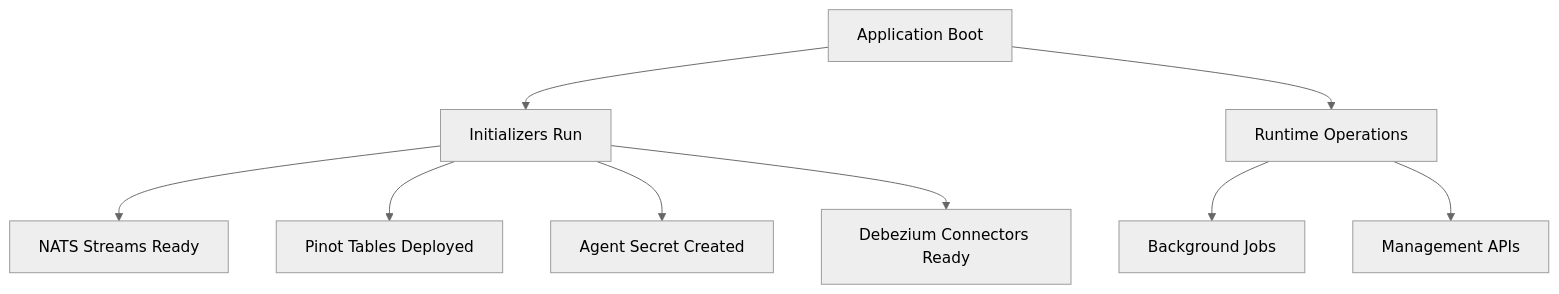
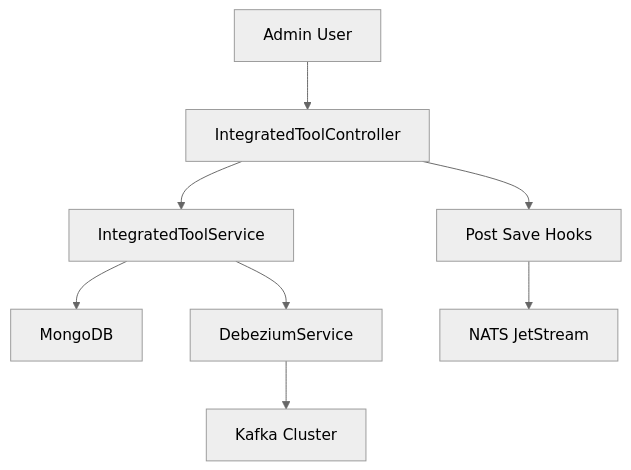
The eighth of 8 diagrams in docs/architecture/management-service-core/management-service-core.md (Praesto-Pro/openframe-oss-tenant), drawn with Mermaid (neutral theme) before and after one commit. The commit also changed other lines of this file and 149 other files, not shown here.

````diff
--- a/docs/architecture/management-service-core/management-service-core.md
+++ b/docs/architecture/management-service-core/management-service-core.md
@@ -382,11 +328,12 @@
 ```mermaid
 flowchart TD
-    Start["Application Boot"] --> InitPhase["Initializers Run"]
-    InitPhase --> Streams["NATS Streams Ready"]
-    InitPhase --> PinotReady["Pinot Tables Deployed"]
-    InitPhase --> Secrets["Agent Secret Created"]
-    InitPhase --> Connectors["Debezium Connectors Ready"]
-    Start --> Runtime["Runtime Operations"]
-    Runtime --> Schedulers["Background Jobs"]
-    Runtime --> Controllers["Management APIs"]
+    Admin["Admin User"] --> API["IntegratedToolController"]
+    API --> Service["IntegratedToolService"]
+    Service --> Mongo["MongoDB"]
+
+    Service --> DebeziumStep["DebeziumService"]
+    DebeziumStep --> Kafka["Kafka Cluster"]
+
+    API --> Hooks["Post Save Hooks"]
+    Hooks --> Nats["NATS JetStream"]
 ```
````
